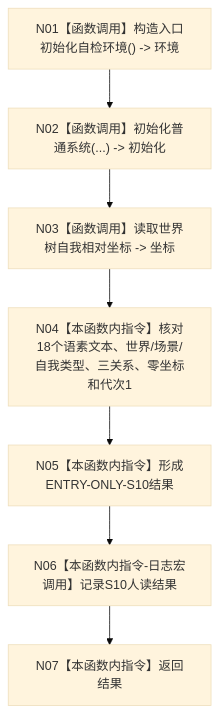
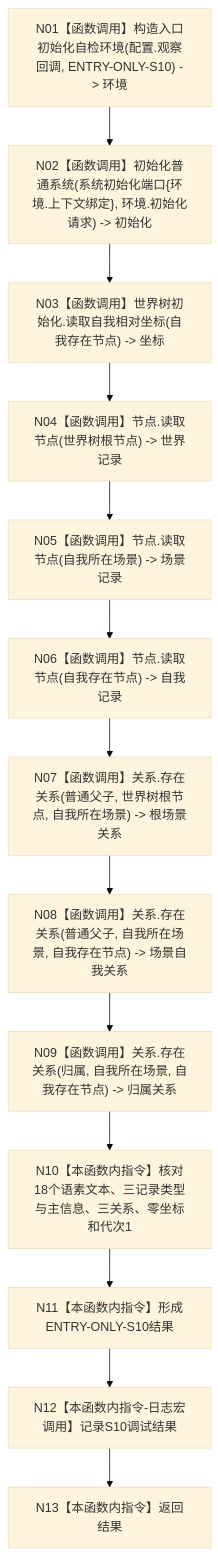
Before and after one commit to chunhaizh-cyber/HY-Ego: the diagram in 流程图/20260726_ENTRY-ONLY_S10_语素与世界树快照读回_施工流程图_v0.1.md, drawn with Mermaid (base theme). The commit also changed other lines of this file and 54 other files, not shown here.

Commit message:
修订 ENTRY-ONLY 入口职责设计包

````diff
--- a/流程图/20260726_ENTRY-ONLY_S10_语素与世界树快照读回_施工流程图_v0.1.md
+++ b/流程图/20260726_ENTRY-ONLY_S10_语素与世界树快照读回_施工流程图_v0.1.md
@@ -27,9 +27,15 @@
 ```mermaid
 flowchart TD
-    N01["N01【函数调用】构造入口初始化自检环境() -> 环境"] --> N02["N02【函数调用】初始化普通系统(...) -> 初始化"]
-    N02 --> N03["N03【函数调用】读取世界树自我相对坐标 -> 坐标"]
-    N03 --> N04["N04【本函数内指令】核对18个语素文本、世界/场景/自我类型、三关系、零坐标和代次1"]
-    N04 --> N05["N05【本函数内指令】形成ENTRY-ONLY-S10结果"]
-    N05 --> N06["N06【本函数内指令-日志宏调用】记录S10人读结果"]
-    N06 --> N07["N07【本函数内指令】返回结果"]
+    N01["N01【函数调用】构造入口初始化自检环境(配置.观察回调, ENTRY-ONLY-S10) -> 环境"] --> N02["N02【函数调用】初始化普通系统(系统初始化端口{环境.上下文绑定}, 环境.初始化请求) -> 初始化"]
+    N02 --> N03["N03【函数调用】世界树初始化.读取自我相对坐标(自我存在节点) -> 坐标"]
+    N03 --> N04["N04【函数调用】节点.读取节点(世界树根节点) -> 世界记录"]
+    N04 --> N05["N05【函数调用】节点.读取节点(自我所在场景) -> 场景记录"]
+    N05 --> N06["N06【函数调用】节点.读取节点(自我存在节点) -> 自我记录"]
+    N06 --> N07["N07【函数调用】关系.存在关系(普通父子, 世界树根节点, 自我所在场景) -> 根场景关系"]
+    N07 --> N08["N08【函数调用】关系.存在关系(普通父子, 自我所在场景, 自我存在节点) -> 场景自我关系"]
+    N08 --> N09["N09【函数调用】关系.存在关系(归属, 自我所在场景, 自我存在节点) -> 归属关系"]
+    N09 --> N10["N10【本函数内指令】核对18个语素文本、三记录类型与主信息、三关系、零坐标和代次1"]
+    N10 --> N11["N11【本函数内指令】形成ENTRY-ONLY-S10结果"]
+    N11 --> N12["N12【本函数内指令-日志宏调用】记录S10调试结果"]
+    N12 --> N13["N13【本函数内指令】返回结果"]
 ```
````
